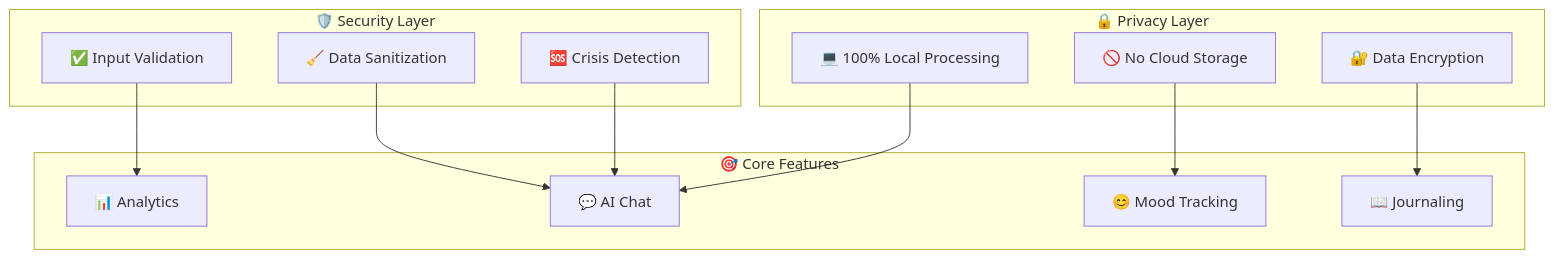
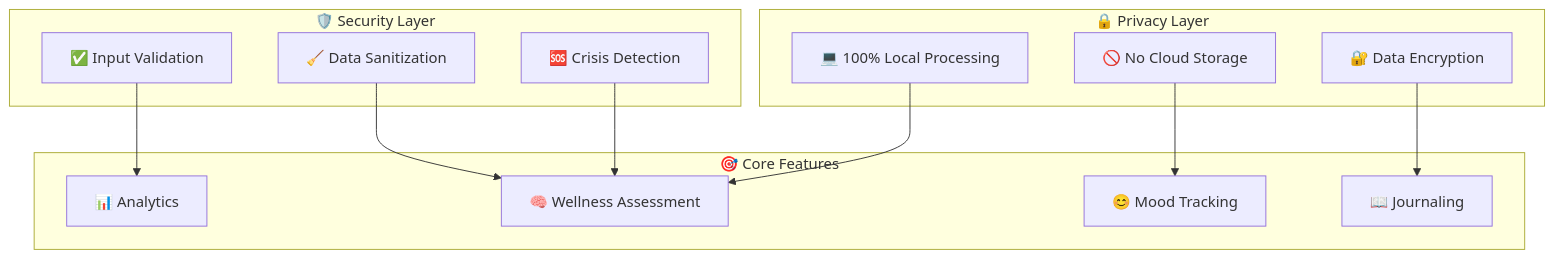
One commit to MunishUpadhyay/YuVA-Wellness changed the fourth of 4 diagrams in README.md. Above: the diagram before and after it, drawn with Mermaid. The commit also changed other lines of this file and 20 other files, not shown here.

````diff
--- a/README.md
+++ b/README.md
@@ -318,28 +344,28 @@
 ```mermaid
 graph TD
     subgraph "🔒 Privacy Layer"
         LOCAL[💻 100% Local Processing]
         NOCLOUD[🚫 No Cloud Storage]
         ENCRYPT[🔐 Data Encryption]
     end
     
     subgraph "🛡️ Security Layer"
         VALIDATE[✅ Input Validation]
         SANITIZE[🧹 Data Sanitization]
         CRISIS[🆘 Crisis Detection]
     end
     
     subgraph "🎯 Core Features"
-        CHAT[💬 AI Chat]
+        ASSESSMENT[🧠 Wellness Assessment]
         MOOD[😊 Mood Tracking]
         JOURNAL[📖 Journaling]
         ANALYTICS[📊 Analytics]
     end
     
-    LOCAL --> CHAT
+    LOCAL --> ASSESSMENT
     NOCLOUD --> MOOD
     ENCRYPT --> JOURNAL
     VALIDATE --> ANALYTICS
-    SANITIZE --> CHAT
-    CRISIS --> CHAT
+    SANITIZE --> ASSESSMENT
+    CRISIS --> ASSESSMENT
 ```
````
